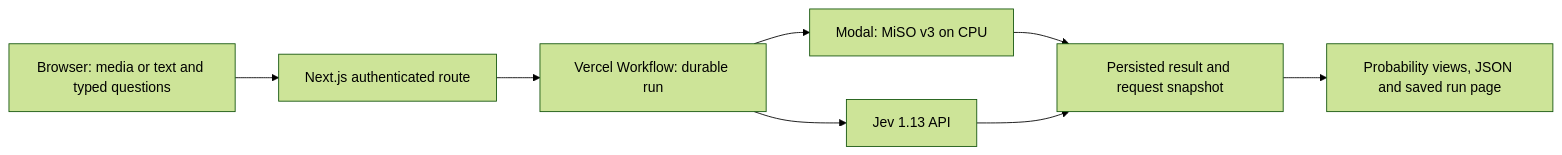
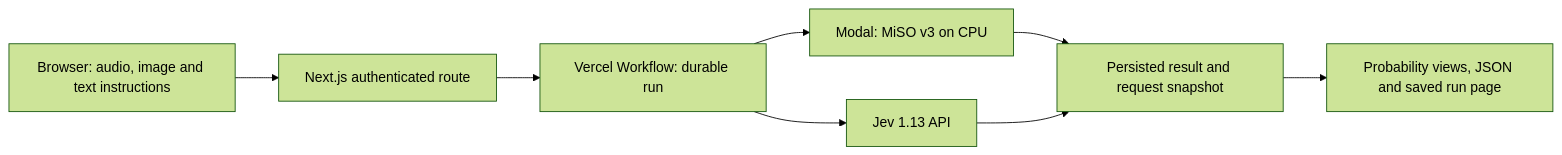
The diagram in docs/playground.md (btoo/multimodal-system-one), drawn with Mermaid (forest theme) before and after one commit. The commit also changed other lines of this file and 7 other files, not shown here.

````diff
--- a/docs/playground.md
+++ b/docs/playground.md
@@ -5,10 +5,10 @@
 ```mermaid
 flowchart LR
-    B[Browser: media or text and typed questions] --> R[Next.js authenticated route]
+    B[Browser: audio, image and text instructions] --> R[Next.js authenticated route]
     R --> W[Vercel Workflow: durable run]
     W --> M[Modal: MiSO v3 on CPU]
     W --> J[Jev 1.13 API]
     M --> O[Persisted result and request snapshot]
     J --> O
     O --> V[Probability views, JSON and saved run page]
 ```
````
